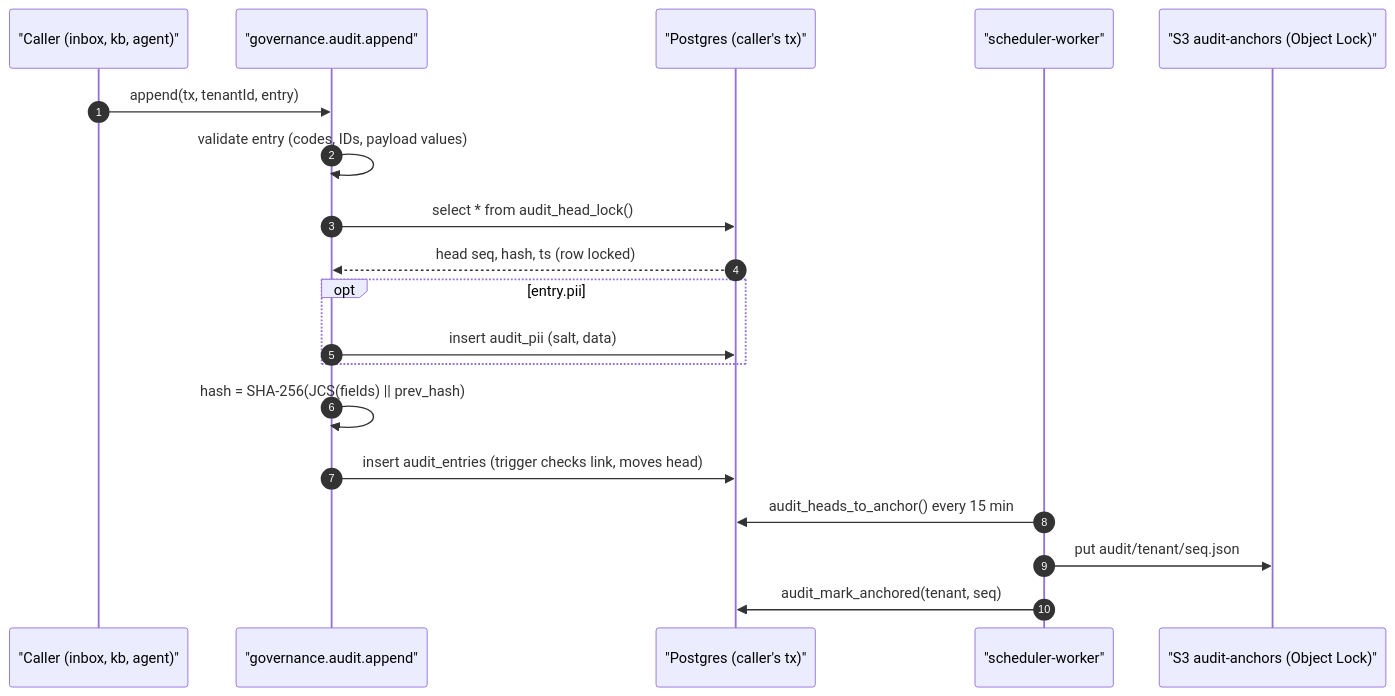
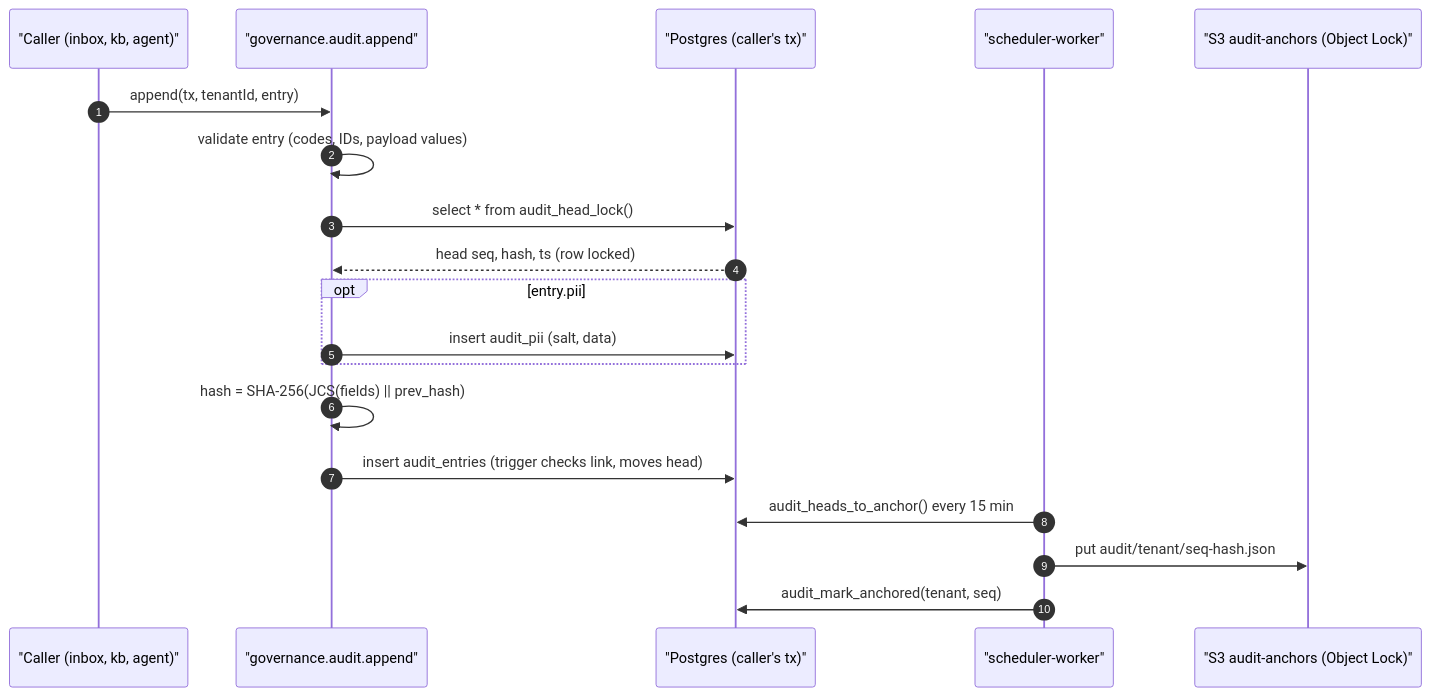
The diagram in docs/features/FEAT-002-audit-chain/technical-design.md (codeforests/kakiagent), drawn with Mermaid before and after one commit. The commit also changed other lines of this file and 7 other files, not shown here.

````diff
--- a/docs/features/FEAT-002-audit-chain/technical-design.md
+++ b/docs/features/FEAT-002-audit-chain/technical-design.md
@@ -134,21 +134,21 @@
 ```mermaid
 sequenceDiagram
     autonumber
     participant C as "Caller (inbox, kb, agent)"
     participant G as "governance.audit.append"
     participant DB as "Postgres (caller's tx)"
     participant S as "scheduler-worker"
     participant S3 as "S3 audit-anchors (Object Lock)"
     C->>G: append(tx, tenantId, entry)
     G->>G: validate entry (codes, IDs, payload values)
     G->>DB: select * from audit_head_lock()
     DB-->>G: head seq, hash, ts (row locked)
     opt entry.pii
         G->>DB: insert audit_pii (salt, data)
     end
     G->>G: hash = SHA-256(JCS(fields) || prev_hash)
     G->>DB: insert audit_entries (trigger checks link, moves head)
     S->>DB: audit_heads_to_anchor() every 15 min
-    S->>S3: put audit/tenant/seq.json
+    S->>S3: put audit/tenant/seq-hash.json
     S->>DB: audit_mark_anchored(tenant, seq)
 ```
````
